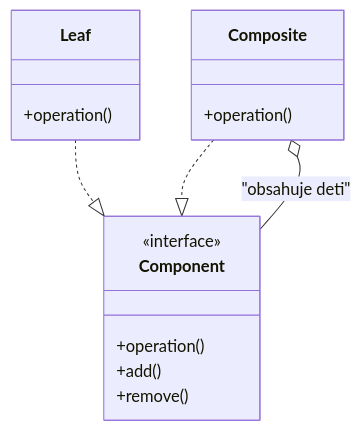
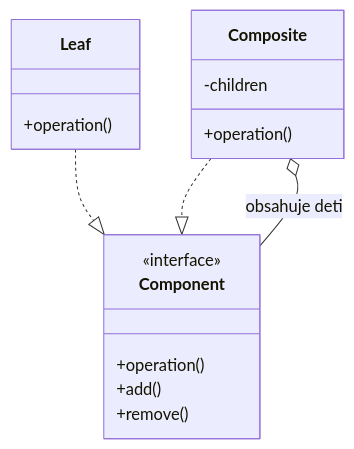
One commit to Veselyy/VUT-school changed the third of 4 diagrams in IPP/otazky.md. Above: the diagram before and after it, drawn with Mermaid. The commit also changed other lines of this file and 9 other files, not shown here.

First line of the commit message:
Enhance UML diagrams and Mermaid integration in documentation

````diff
--- a/IPP/otazky.md
+++ b/IPP/otazky.md
@@ -89,15 +116,25 @@
 ```mermaid
+---
+config:
+  class:
+    hideEmptyMembersBox: true
+---
 classDiagram
-    class Component
-    class Leaf
-    class Composite
-    <<interface>> Component
-    Component : +operation()
-    Component : +add()
-    Component : +remove()
-    Leaf : +operation()
-    Composite : +operation()
     Leaf ..|> Component
     Composite ..|> Component
-    Composite o-- Component : "obsahuje deti"
+    Composite o-- Component : obsahuje deti
+
+    class Component {
+        <<interface>>
+        +operation()
+        +add()
+        +remove()
+    }
+    class Leaf {
+        +operation()
+    }
+    class Composite {
+        -children
+        +operation()
+    }
 ```
````
